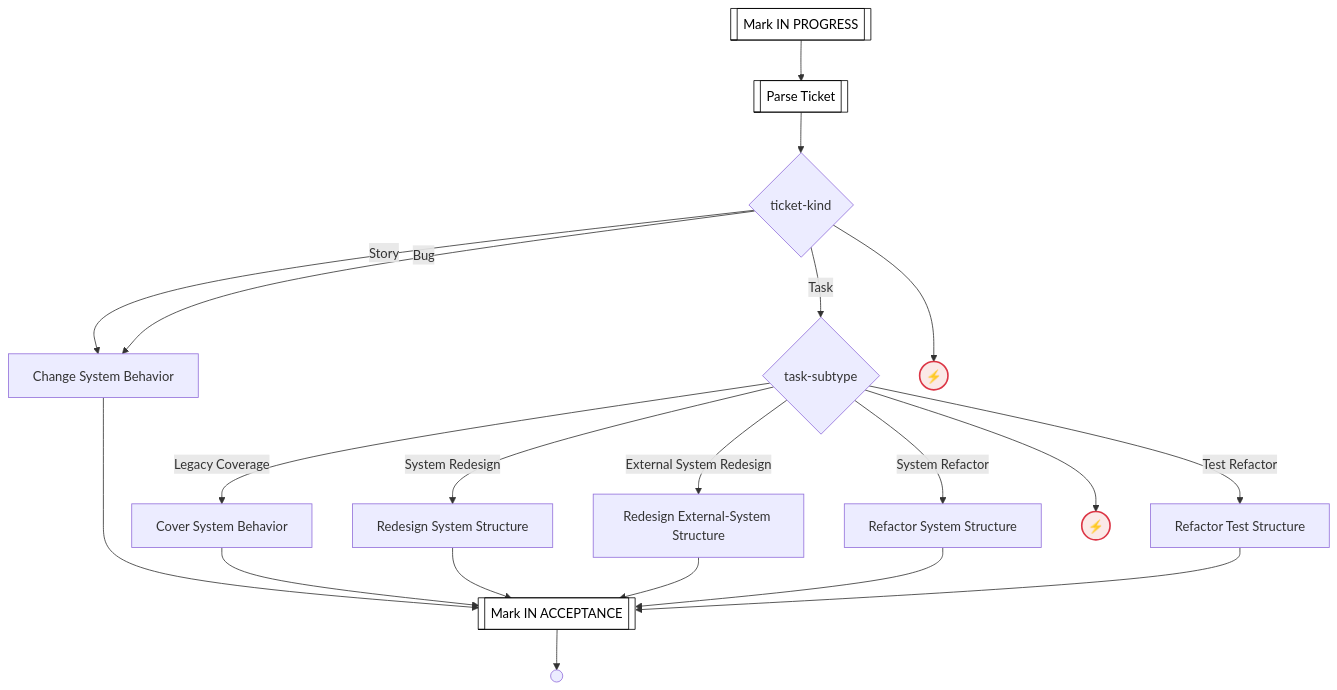
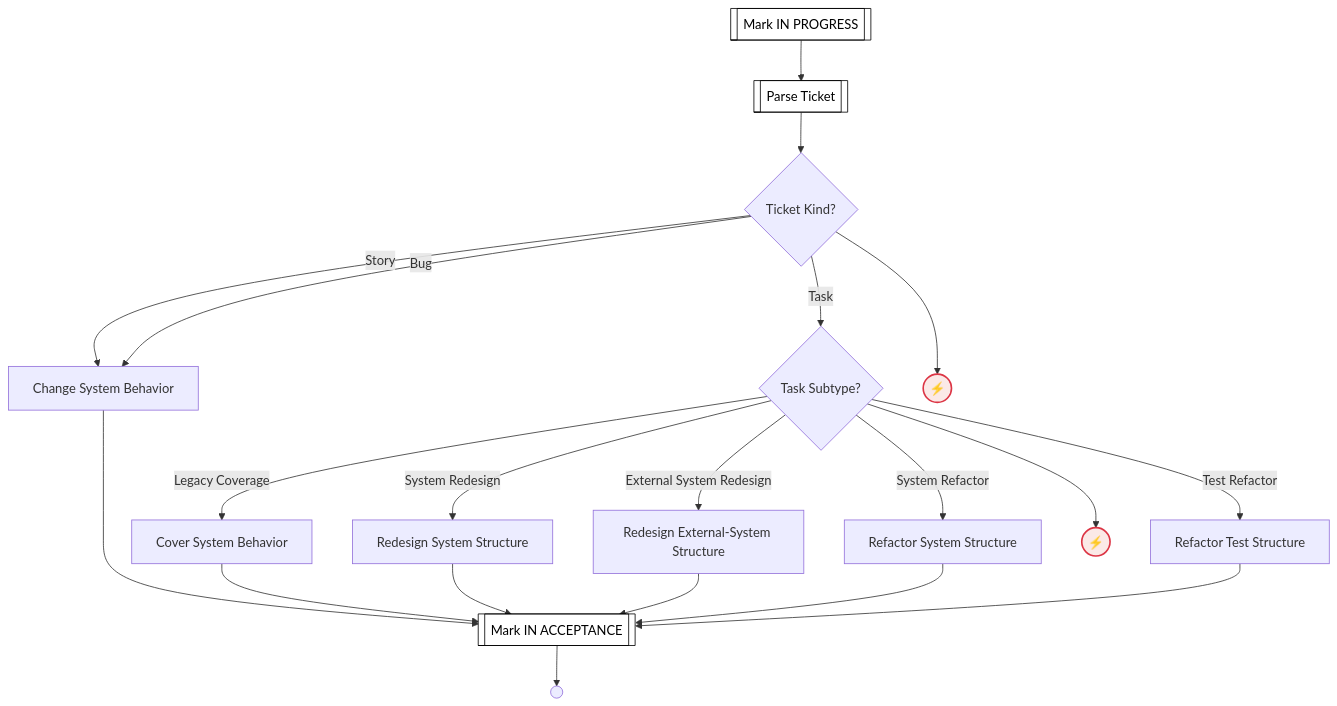
Before and after one commit to optivem/gh-optivem: the fourth of 53 diagrams in docs/process-diagram.md, drawn with Mermaid. The commit also changed other lines of this file and 16 other files, not shown here.

Commit message:
atdd: regenerate process-flow diagram

````diff
--- a/docs/process-diagram.md
+++ b/docs/process-diagram.md
@@ -89,43 +89,43 @@
 ```mermaid
 flowchart TD
     CHANGE_SYSTEM_BEHAVIOR[Change System Behavior]
     COVER_SYSTEM_BEHAVIOR[Cover System Behavior]
-    GATE_TASK_SUBTYPE{task-subtype}
-    GATE_TICKET_KIND{ticket-kind}
+    GATE_TASK_SUBTYPE{Task Subtype?}
+    GATE_TICKET_KIND{Ticket Kind?}
     IMPLEMENT_TICKET_END(( ))
     MARK_IN_ACCEPTANCE[[Mark IN ACCEPTANCE]]
     MARK_IN_PROGRESS[[Mark IN PROGRESS]]
     PARSE_TICKET[[Parse Ticket]]
     REDESIGN_EXTERNAL_SYSTEM_STRUCTURE[Redesign External-System Structure]
     REDESIGN_SYSTEM_STRUCTURE[Redesign System Structure]
     REFACTOR_SYSTEM_STRUCTURE[Refactor System Structure]
     REFACTOR_TEST_STRUCTURE[Refactor Test Structure]
     UNKNOWN_TASK_SUBTYPE((⚡))
     UNKNOWN_TICKET_KIND((⚡))
 
     MARK_IN_PROGRESS --> PARSE_TICKET
     PARSE_TICKET --> GATE_TICKET_KIND
     GATE_TICKET_KIND -- Story --> CHANGE_SYSTEM_BEHAVIOR
     GATE_TICKET_KIND -- Bug --> CHANGE_SYSTEM_BEHAVIOR
     GATE_TICKET_KIND -- Task --> GATE_TASK_SUBTYPE
     GATE_TICKET_KIND --> UNKNOWN_TICKET_KIND
     GATE_TASK_SUBTYPE -- Legacy Coverage --> COVER_SYSTEM_BEHAVIOR
     GATE_TASK_SUBTYPE -- System Redesign --> REDESIGN_SYSTEM_STRUCTURE
     GATE_TASK_SUBTYPE -- External System Redesign --> REDESIGN_EXTERNAL_SYSTEM_STRUCTURE
     GATE_TASK_SUBTYPE -- System Refactor --> REFACTOR_SYSTEM_STRUCTURE
     GATE_TASK_SUBTYPE -- Test Refactor --> REFACTOR_TEST_STRUCTURE
     GATE_TASK_SUBTYPE --> UNKNOWN_TASK_SUBTYPE
     CHANGE_SYSTEM_BEHAVIOR --> MARK_IN_ACCEPTANCE
     COVER_SYSTEM_BEHAVIOR --> MARK_IN_ACCEPTANCE
     REDESIGN_SYSTEM_STRUCTURE --> MARK_IN_ACCEPTANCE
     REDESIGN_EXTERNAL_SYSTEM_STRUCTURE --> MARK_IN_ACCEPTANCE
     REFACTOR_SYSTEM_STRUCTURE --> MARK_IN_ACCEPTANCE
     REFACTOR_TEST_STRUCTURE --> MARK_IN_ACCEPTANCE
     MARK_IN_ACCEPTANCE --> IMPLEMENT_TICKET_END
 
     classDef serviceNode fill:#ffffff,stroke:#000000,stroke-width:1px,color:#000000
     class MARK_IN_ACCEPTANCE,MARK_IN_PROGRESS,PARSE_TICKET serviceNode
 
     classDef errorEndNode fill:#fbe9e7,stroke:#dc3545,stroke-width:2px,color:#000000
     class UNKNOWN_TASK_SUBTYPE,UNKNOWN_TICKET_KIND errorEndNode
 ```
````
